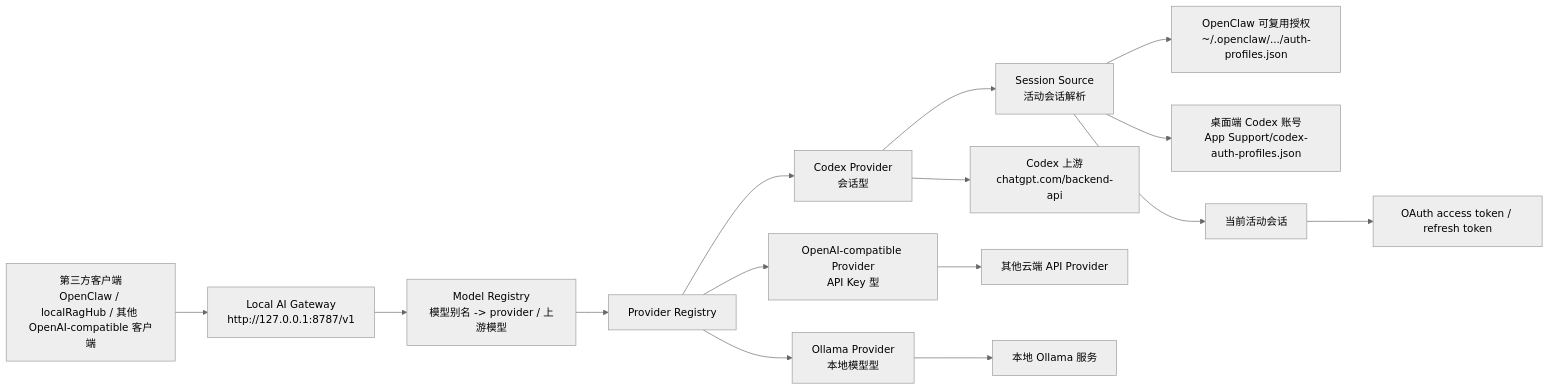
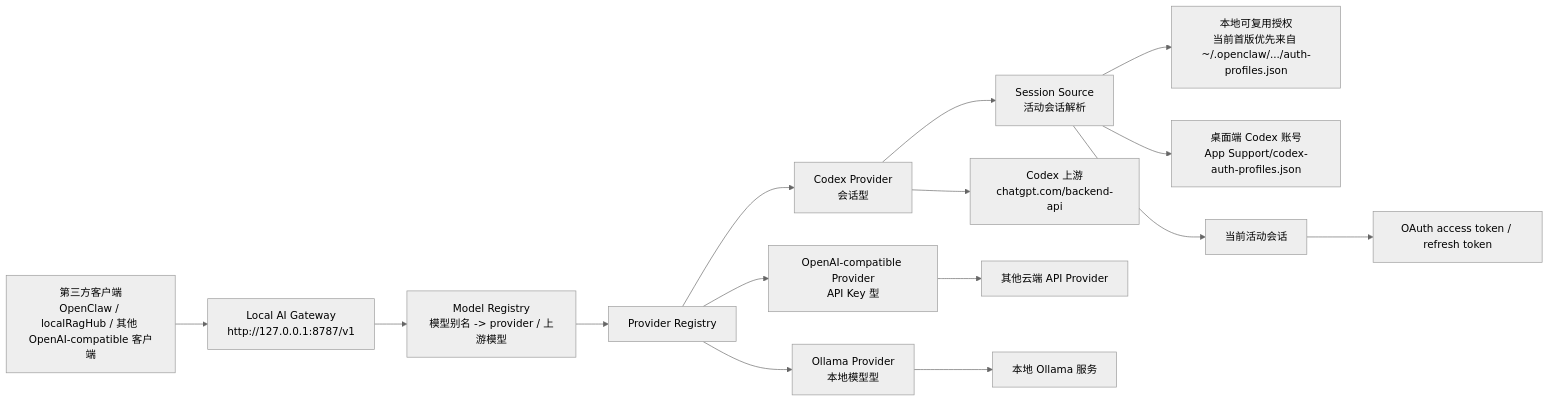
One commit to Henery002/local-ai-gateway changed the diagram in docs/architecture/概念地图.md. Above: the diagram before and after it, drawn with Mermaid (neutral theme). The commit also changed other lines of this file and 13 other files, not shown here.

````diff
--- a/docs/architecture/概念地图.md
+++ b/docs/architecture/概念地图.md
@@ -7,20 +7,20 @@
 ```mermaid
 flowchart LR
     A["第三方客户端<br/>OpenClaw / localRagHub / 其他 OpenAI-compatible 客户端"] --> B["Local AI Gateway<br/>http://127.0.0.1:8787/v1"]
     B --> C["Model Registry<br/>模型别名 -> provider / 上游模型"]
     C --> D["Provider Registry"]
 
     D --> E["Codex Provider<br/>会话型"]
     D --> F["OpenAI-compatible Provider<br/>API Key 型"]
     D --> G["Ollama Provider<br/>本地模型型"]
 
     E --> H["Session Source<br/>活动会话解析"]
-    H --> I["OpenClaw 可复用授权<br/>~/.openclaw/.../auth-profiles.json"]
+    H --> I["本地可复用授权<br/>当前首版优先来自 ~/.openclaw/.../auth-profiles.json"]
     H --> J["桌面端 Codex 账号<br/>App Support/codex-auth-profiles.json"]
     H --> K["当前活动会话"]
     K --> L["OAuth access token / refresh token"]
     E --> M["Codex 上游<br/>chatgpt.com/backend-api"]
 
     F --> N["其他云端 API Provider"]
     G --> O["本地 Ollama 服务"]
 ```
````
